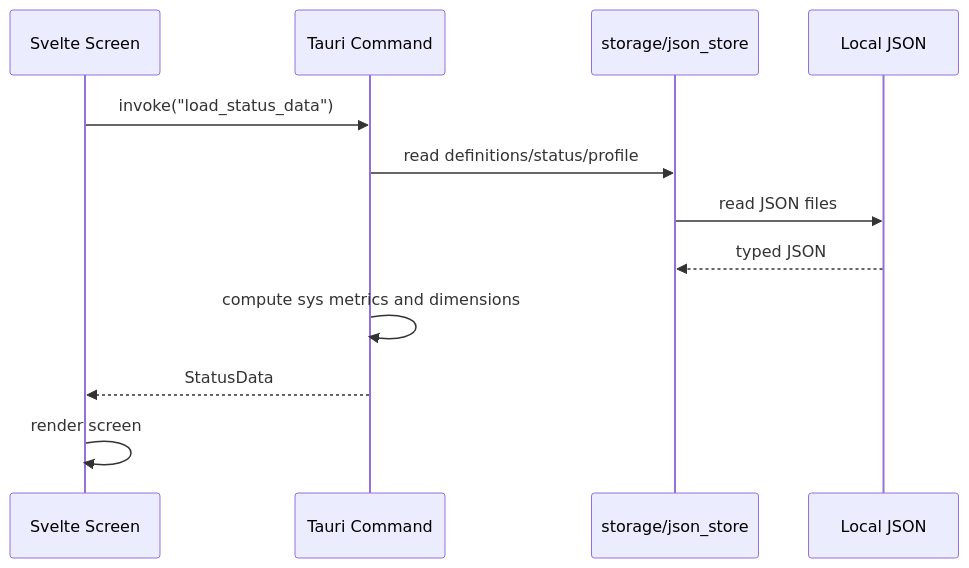
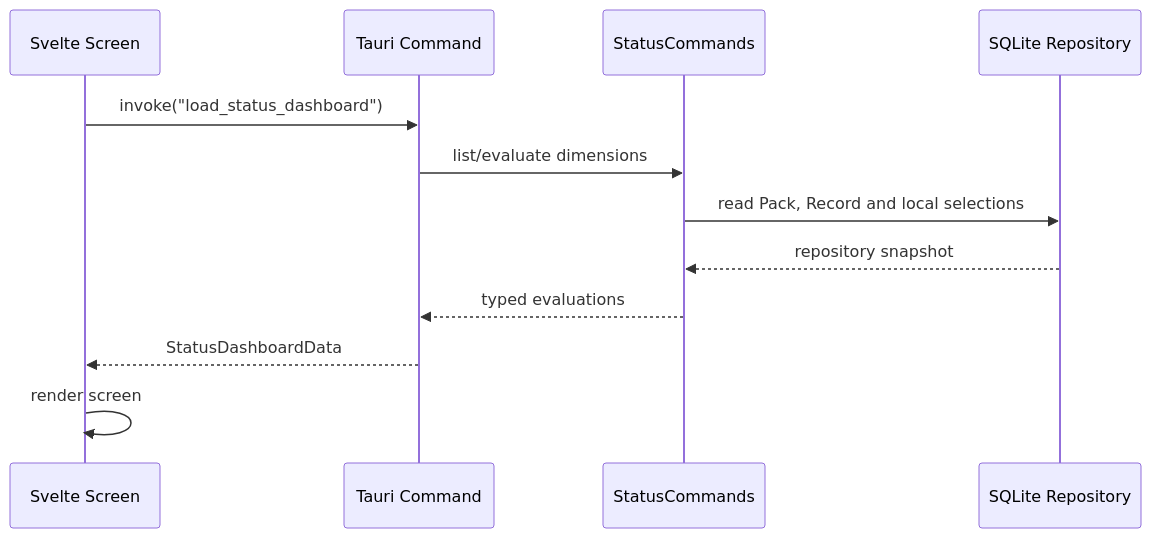
Before and after one commit to FollyCoolly/Arcana: the second of 4 diagrams in docs/architecture.md, drawn with Mermaid. The commit also changed other lines of this file and 14 other files, not shown here.

Commit message:
feat(ui): migrate status to SQLite runtime

````diff
--- a/docs/architecture.md
+++ b/docs/architecture.md
@@ -349,15 +350,15 @@
 ```mermaid
 sequenceDiagram
     participant UI as Svelte Screen
     participant IPC as Tauri Command
-    participant Storage as storage/json_store
-    participant Data as Local JSON
+    participant Application as StatusCommands
+    participant Data as SQLite Repository
 
-    UI->>IPC: invoke("load_status_data")
-    IPC->>Storage: read definitions/status/profile
-    Storage->>Data: read JSON files
-    Data-->>Storage: typed JSON
-    IPC->>IPC: compute sys metrics and dimensions
-    IPC-->>UI: StatusData
+    UI->>IPC: invoke("load_status_dashboard")
+    IPC->>Application: list/evaluate dimensions
+    Application->>Data: read Pack, Record and local selections
+    Data-->>Application: repository snapshot
+    Application-->>IPC: typed evaluations
+    IPC-->>UI: StatusDashboardData
     UI->>UI: render screen
 ```
````
